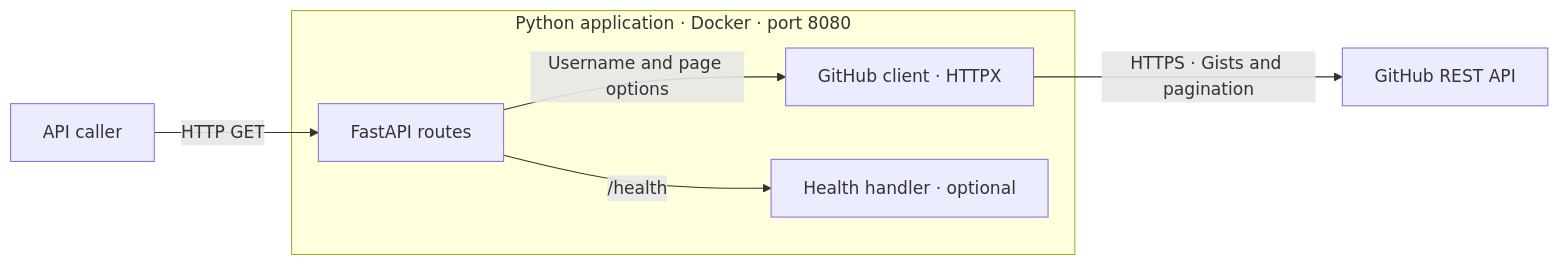
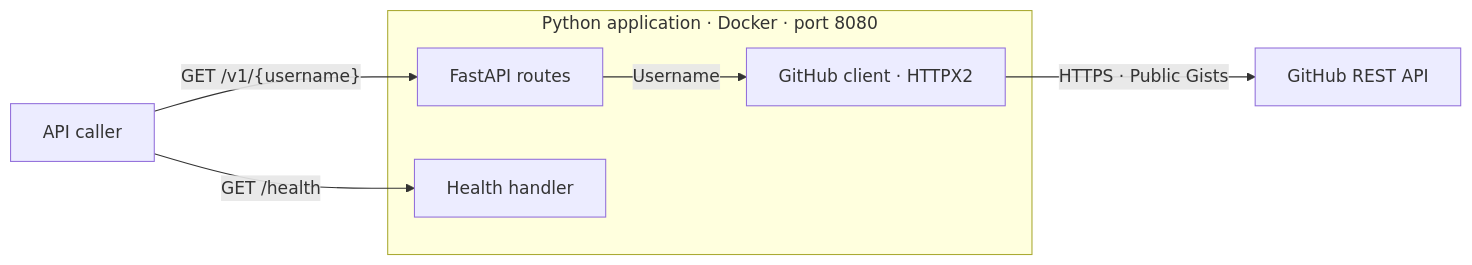
One commit to dvadgama/example_gists_api changed the first of 2 diagrams in docs/design.md. Above: the diagram before and after it, drawn with Mermaid. The commit also changed other lines of this file and 3 other files, not shown here.

````diff
--- a/docs/design.md
+++ b/docs/design.md
@@ -28,14 +23,14 @@
 ```mermaid
 flowchart LR
     Caller["API caller"]
     subgraph App["Python application · Docker · port 8080"]
         Routes["FastAPI routes"]
-        Client["GitHub client · HTTPX"]
-        Health["Health handler · optional"]
-        Routes -->|"Username and page options"| Client
-        Routes -->|"/health"| Health
+        Client["GitHub client · HTTPX2"]
+        Health["Health handler"]
+        Routes -->|"Username"| Client
     end
     GitHub["GitHub REST API"]
-    Caller -->|"HTTP GET"| Routes
-    Client -->|"HTTPS · Gists and pagination"| GitHub
+    Caller -->|"GET /v1/{username}"| Routes
+    Caller -->|"GET /health"| Health
+    Client -->|"HTTPS · Public Gists"| GitHub
 ```
````
